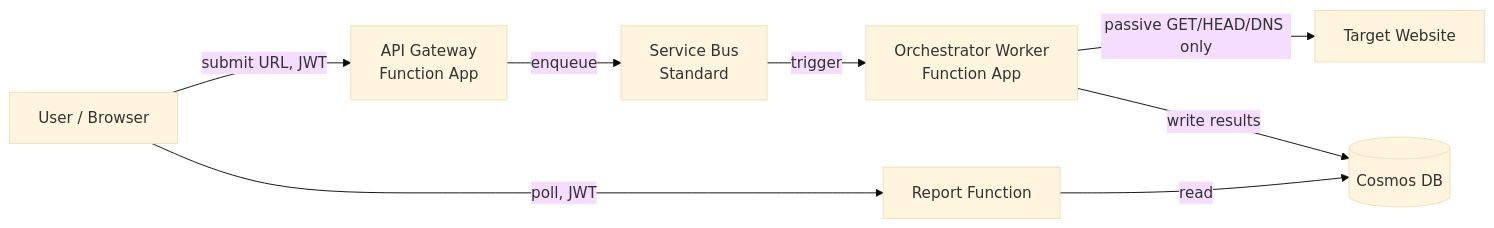
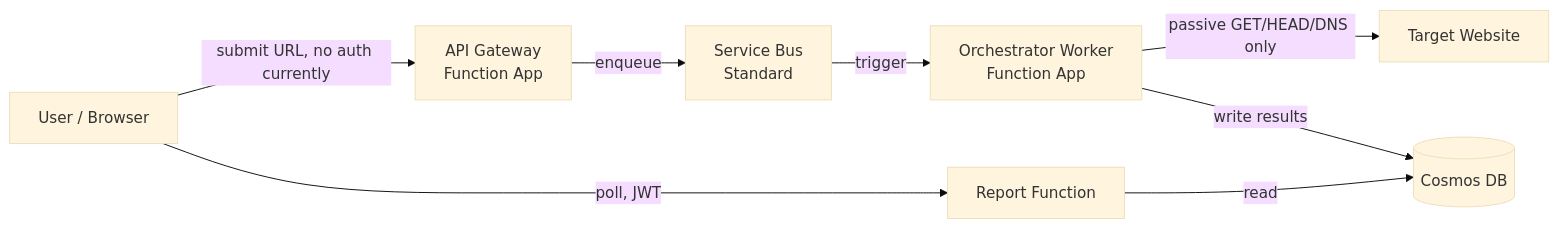
The diagram in README.md (amramer101/Bravo6-RS), drawn with Mermaid (base theme) before and after one commit. The commit also changed other lines of this file and 45 other files, not shown here.

````diff
--- a/README.md
+++ b/README.md
@@ -100,10 +100,10 @@
 ```mermaid
 flowchart LR
-    U[User / Browser] -->|submit URL, JWT| GW[API Gateway<br/>Function App]
+    U[User / Browser] -->|submit URL, no auth currently| GW[API Gateway<br/>Function App]
     GW -->|enqueue| SB[Service Bus<br/>Standard]
     SB -->|trigger| W[Orchestrator Worker<br/>Function App]
     W -->|passive GET/HEAD/DNS only| T[Target Website]
     W -->|write results| DB[(Cosmos DB)]
     U -->|poll, JWT| RF[Report Function]
     RF -->|read| DB
 ```
````
